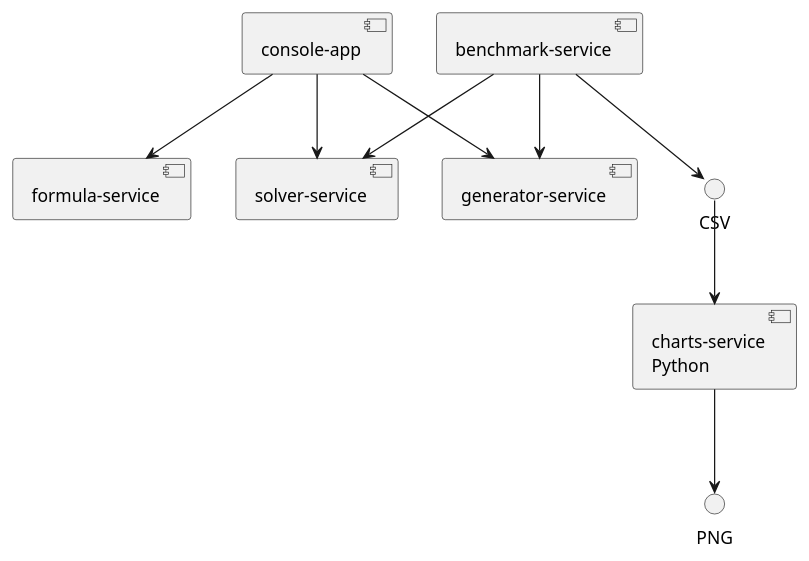
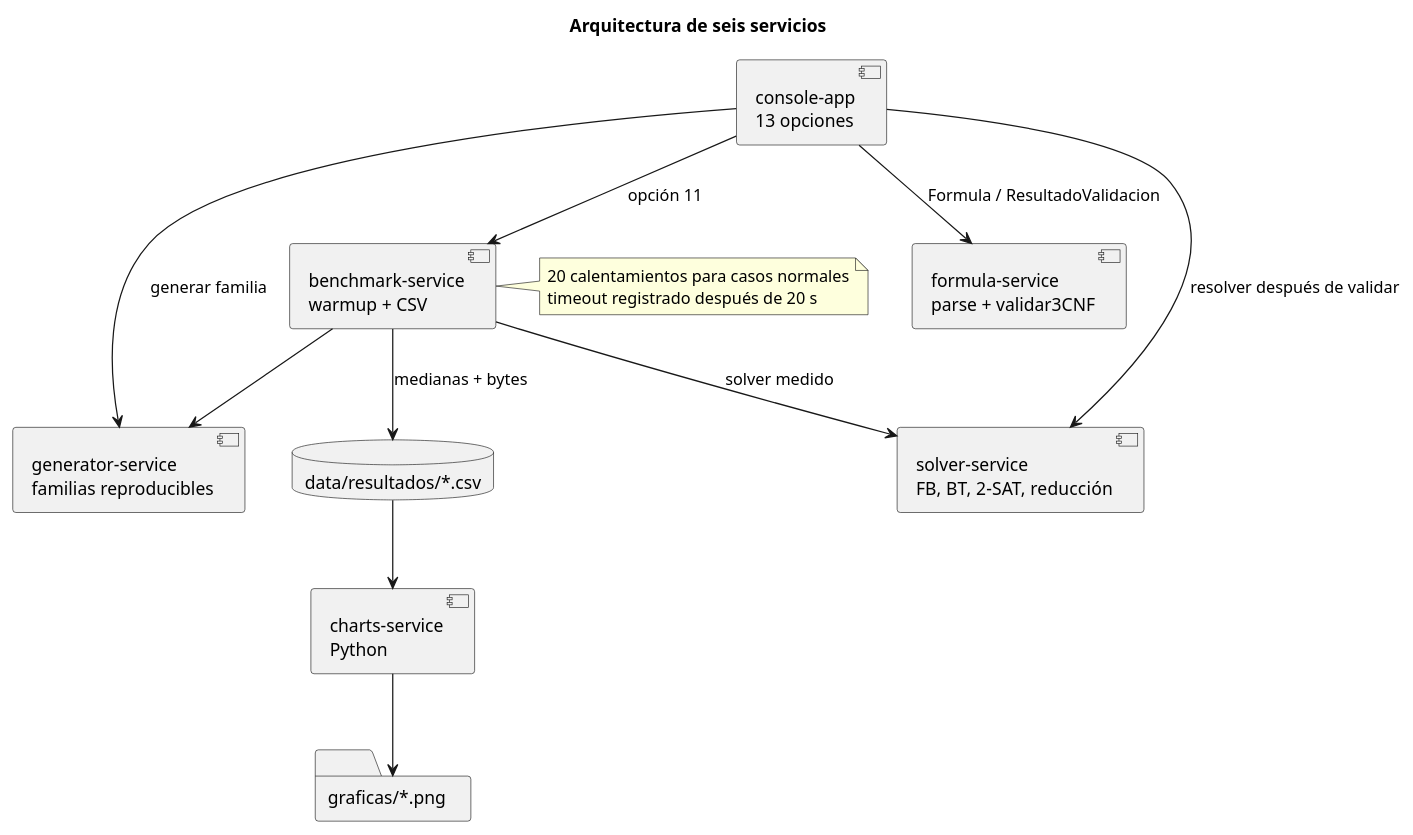
Before and after one commit to Rick1751/3_SAT_configurador-de-opciones-compatibles: the diagram in diagramas/arquitectura/arquitectura_servicios.puml, drawn with PlantUML. The commit also changed 40 other files, not shown here.

```diff
--- a/diagramas/arquitectura/arquitectura_servicios.puml
+++ b/diagramas/arquitectura/arquitectura_servicios.puml
@@ -1,16 +1,24 @@
 @startuml
-component "formula-service" as F
-component "solver-service" as S
-component "generator-service" as G
-component "benchmark-service" as B
-component "console-app" as C
+title Arquitectura de seis servicios
+component "console-app\n13 opciones" as C
+component "formula-service\nparse + validar3CNF" as F
+component "solver-service\nFB, BT, 2-SAT, reducción" as S
+component "generator-service\nfamilias reproducibles" as G
+component "benchmark-service\nwarmup + CSV" as B
 component "charts-service\nPython" as P
-C --> F
-C --> S
-C --> G
+database "data/resultados/*.csv" as D
+folder "graficas/*.png" as I
+C --> F : Formula / ResultadoValidacion
+C --> S : resolver después de validar
+C --> G : generar familia
+C --> B : opción 11
 B --> G
-B --> S
-B --> "CSV"
-P --> "PNG"
-"CSV" --> P
+B --> S : solver medido
+B --> D : medianas + bytes
+D --> P
+P --> I
+note right of B
+20 calentamientos para casos normales
+timeout registrado después de 20 s
+end note
 @enduml
```
